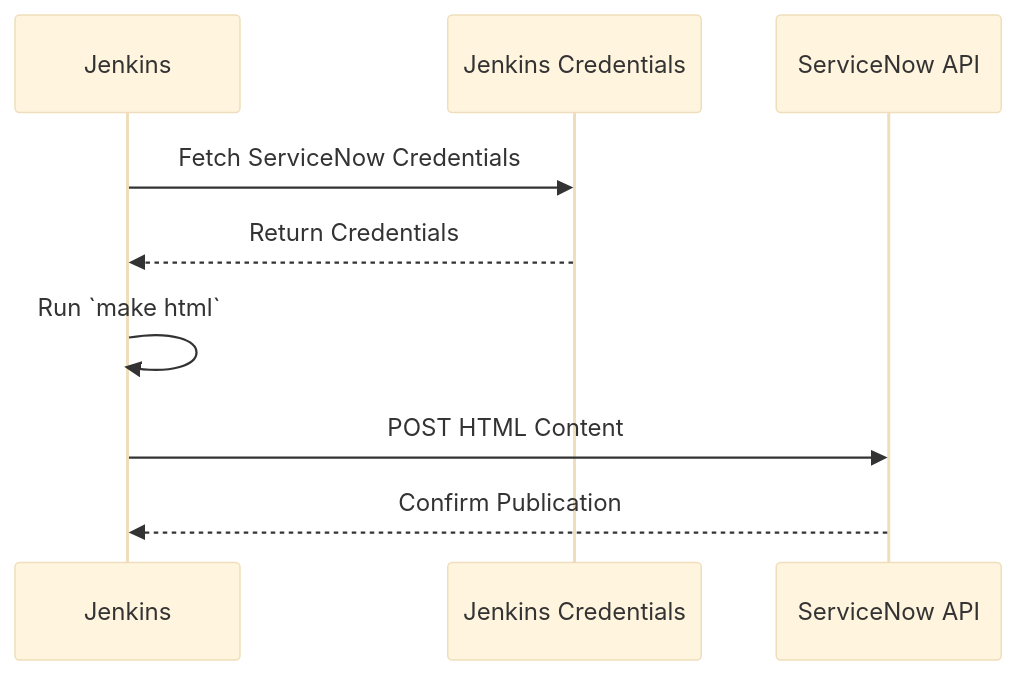
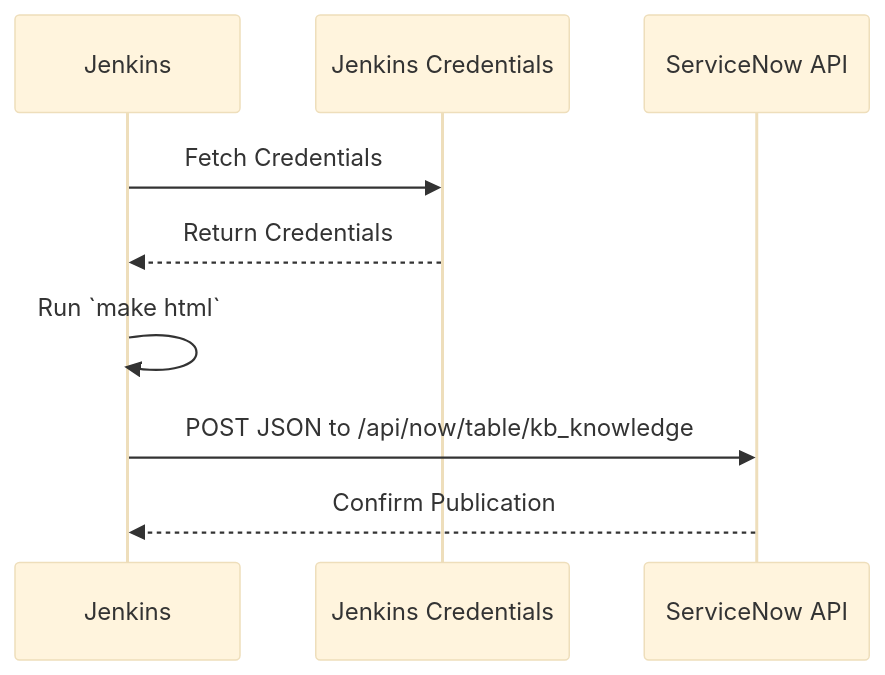
One commit to buckeye43210/markdown-to-snowkb changed the fourth of 4 diagrams in README.md. Above: the diagram before and after it, drawn with Mermaid (base theme). The commit also changed other lines of this file and 1 other file, not shown here.

Commit message:
revising content

````diff
--- a/README.md
+++ b/README.md
@@ -159,11 +204,11 @@
 ```mermaid
 sequenceDiagram
     participant J as Jenkins
     participant C as Jenkins Credentials
     participant S as ServiceNow API
-    J->>C: Fetch ServiceNow Credentials
+    J->>C: Fetch Credentials
     C-->>J: Return Credentials
     J->>J: Run `make html`
-    J->>S: POST HTML Content
+    J->>S: POST JSON to /api/now/table/kb_knowledge
     S-->>J: Confirm Publication
 ```
````
